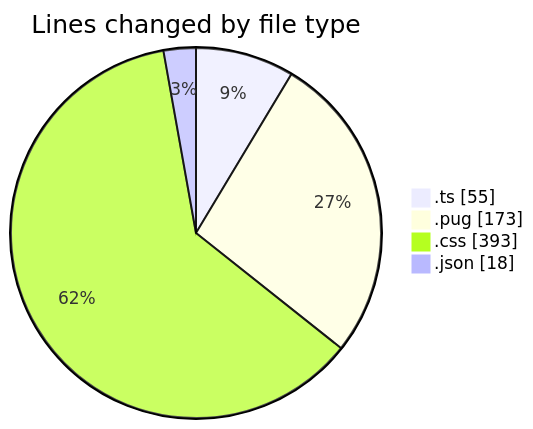
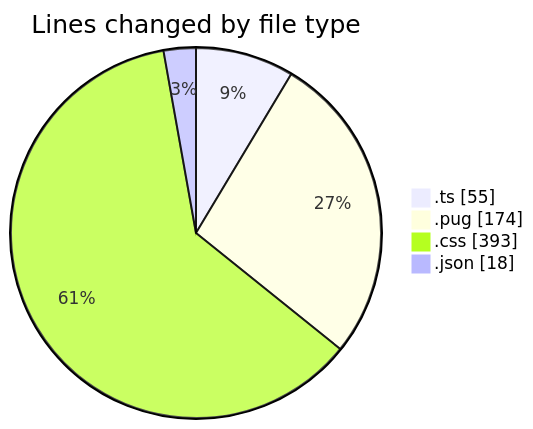
Before and after one commit to momahboobian/code-tracking: the first of 2 diagrams in 2025-10-31/cda/README.md, drawn with Mermaid. The commit also changed other lines of this file and 1 other file, not shown here.

````diff
--- a/2025-10-31/cda/README.md
+++ b/2025-10-31/cda/README.md
@@ -25,8 +25,8 @@
 ```mermaid
 pie showData
 title Lines changed by file type
 ".ts" : 55
-".pug" : 173
+".pug" : 174
 ".css" : 393
 ".json" : 18
 ```
````
